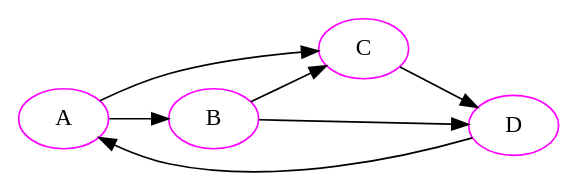
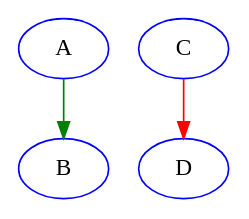
Before and after one commit to graphviz-perl/GraphViz2-Marpa-PathUtils: the diagram in data/04.clusters.in.gv, drawn with Graphviz. The commit also changed 34 other files, not shown here.

```diff
--- a/data/04.clusters.in.gv
+++ b/data/04.clusters.in.gv
@@ -1,10 +1,9 @@
-digraph graph_04
+digraph graph_03
 {
-	rankdir = LR
+	rankdir = TB
 
-	node [color = magenta]
+	node [color = blue]
 
-	A -> B -> C -> D -> A
-	A -> C
-	B -> D
+	A -> B [color = green]
+	C -> D [color = red]
 }
```
